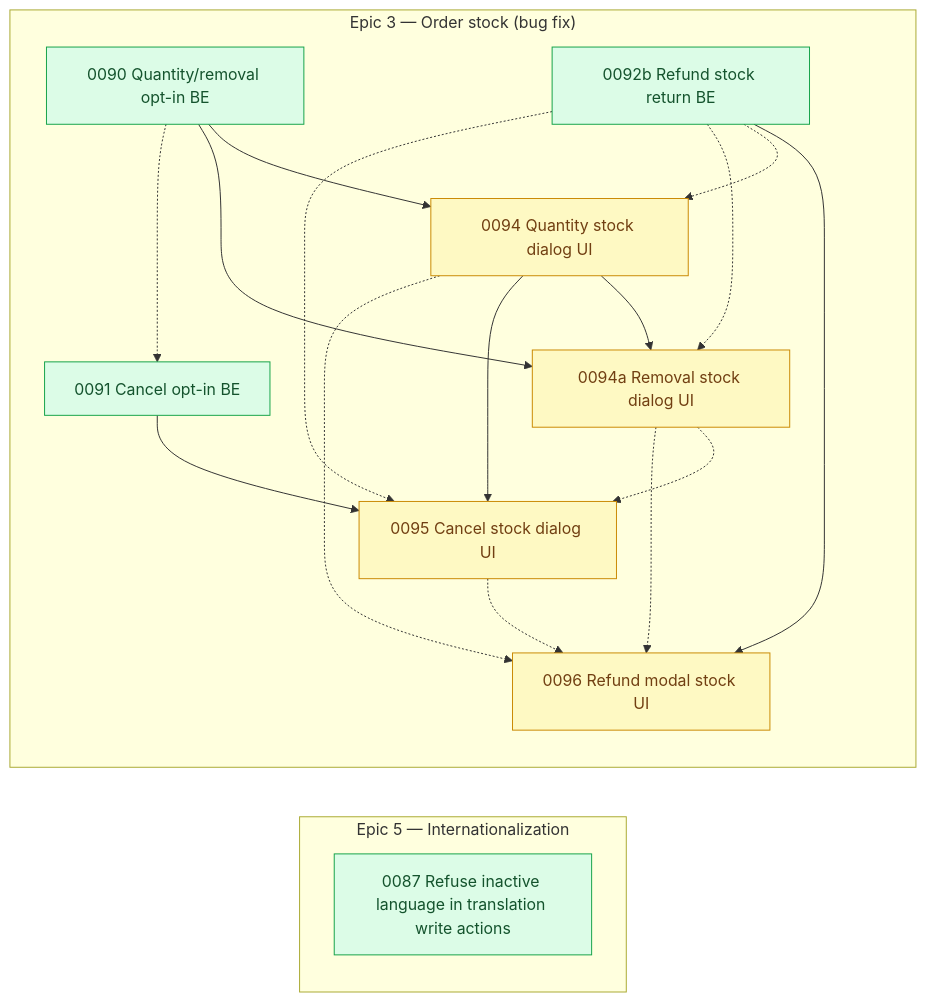
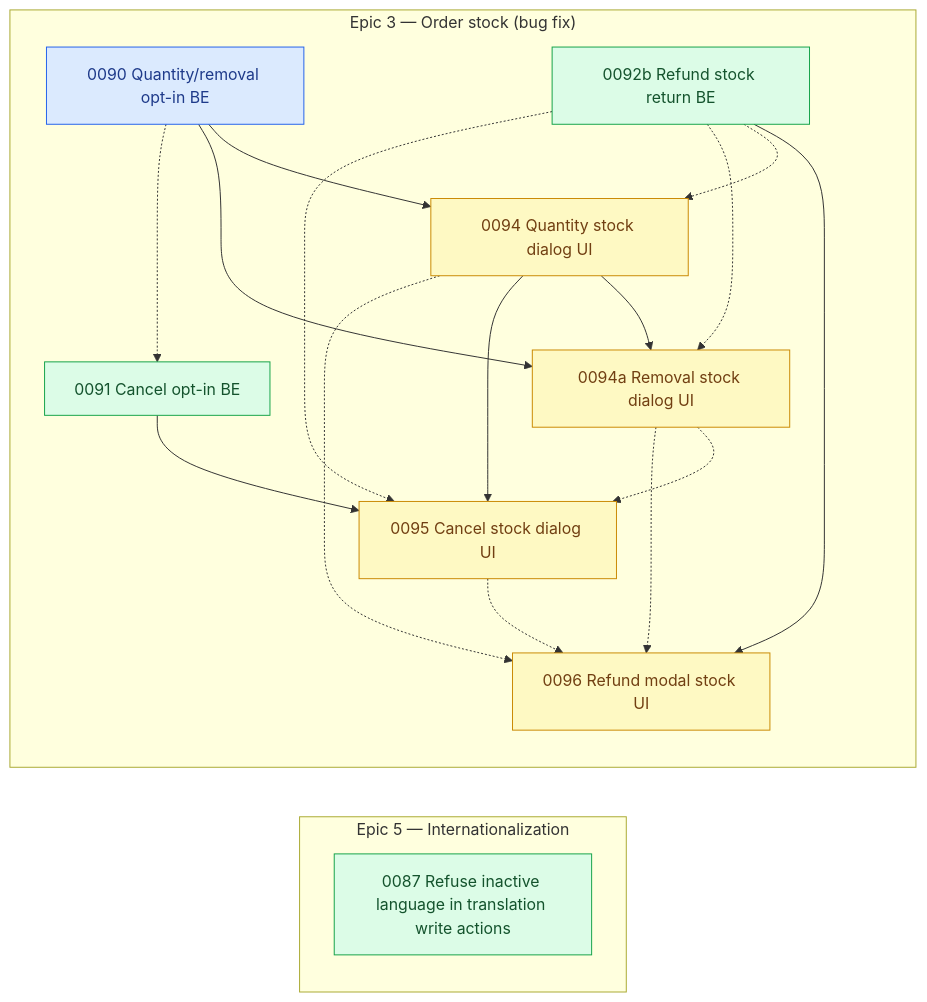
Before and after one commit to shojen/AI4Devs-finalproject: the diagram in arospe/ai-spec/tasks-map.md, drawn with Mermaid. The commit also changed other lines of this file and 6 other files, not shown here.

```diff
--- a/arospe/ai-spec/tasks-map.md
+++ b/arospe/ai-spec/tasks-map.md
@@ -637,7 +639,8 @@
     P0094 -.-> P0096
     P0094a -.-> P0096
     P0095 -.-> P0096
-    class P0090,P0091,P0092b ready;
+    class P0091,P0092b ready;
+    class P0090 claimed;
     class P0094,P0094a,P0095,P0096 pending;
 
     %% Standalone (no PRD epic)
```
